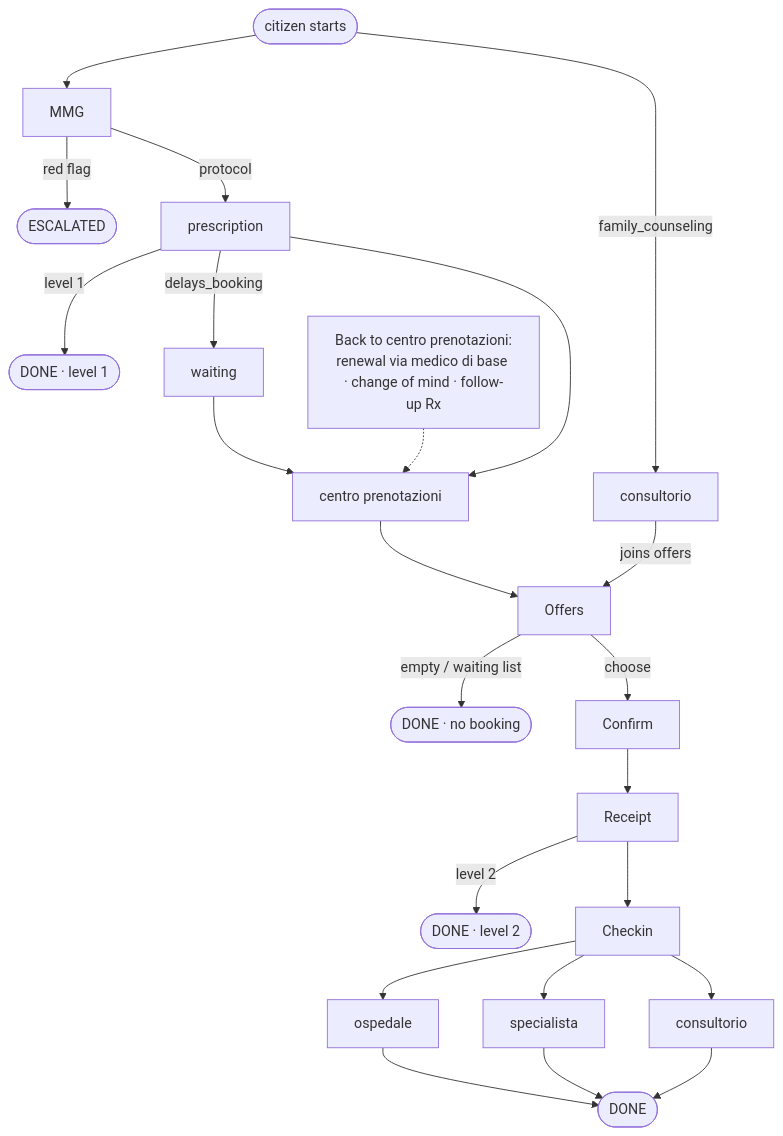
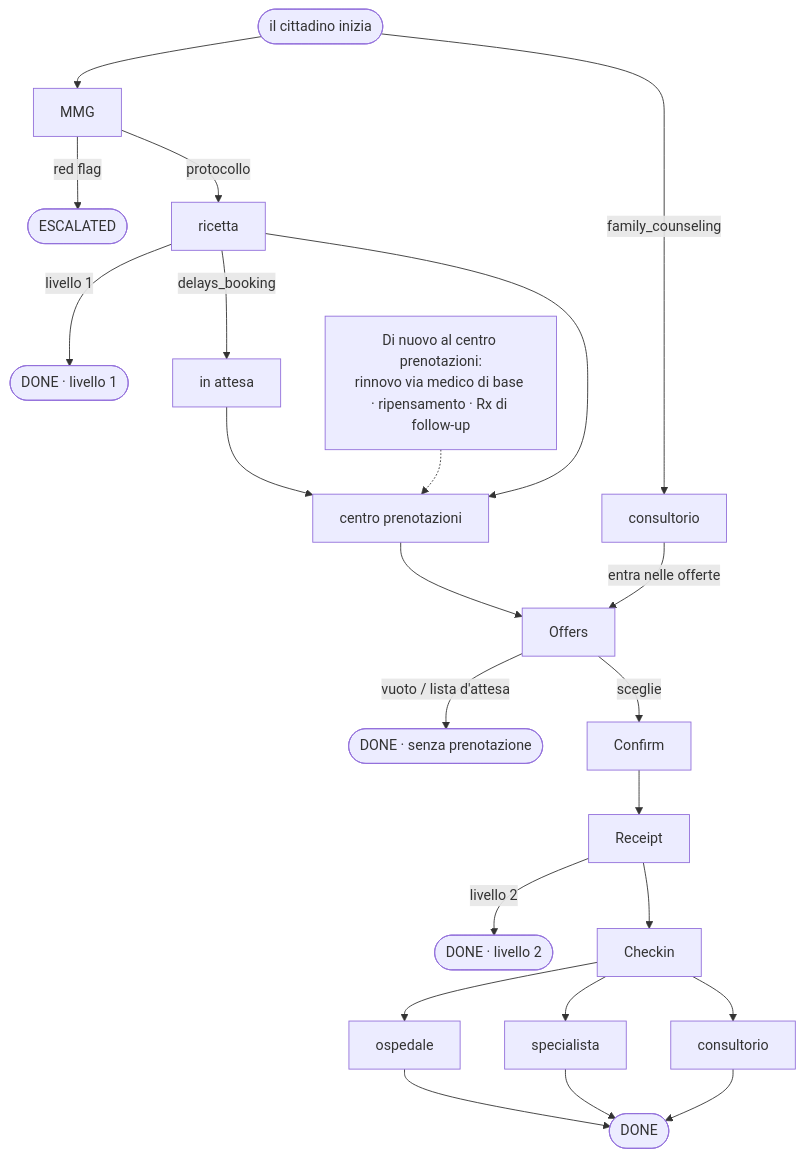
The diagram in docs/kit/e19-rules.md (projectnandaitaly/mach-hackathon-kit), drawn with Mermaid before and after one commit. The commit also changed other lines of this file and 15 other files, not shown here.

````diff
--- a/docs/kit/e19-rules.md
+++ b/docs/kit/e19-rules.md
@@ -47,26 +52,26 @@
 ```mermaid
 flowchart TD
-  start([citizen starts]) --> MMG
+  start([il cittadino inizia]) --> MMG
   start -->|family_counseling| FC[consultorio]
   MMG -->|red flag| Esc([ESCALATED])
-  MMG -->|protocol| Rx[prescription]
-  Rx -->|level 1| Done1([DONE · level 1])
-  Rx -->|delays_booking| Wait[waiting]
+  MMG -->|protocollo| Rx[ricetta]
+  Rx -->|livello 1| Done1([DONE · livello 1])
+  Rx -->|delays_booking| Wait[in attesa]
   Wait --> BC
   Rx --> BC[centro prenotazioni]
-  FC -->|joins offers| Offers
+  FC -->|entra nelle offerte| Offers
   BC --> Offers
-  Offers -->|empty / waiting list| NoBook([DONE · no booking])
-  Offers -->|choose| Confirm
+  Offers -->|vuoto / lista d'attesa| NoBook([DONE · senza prenotazione])
+  Offers -->|sceglie| Confirm
   Confirm --> Receipt
-  Receipt -->|level 2| Done2([DONE · level 2])
+  Receipt -->|livello 2| Done2([DONE · livello 2])
   Receipt --> Checkin
   Checkin --> Hosp[ospedale]
   Checkin --> Spec[specialista]
   Checkin --> FC2[consultorio]
   Hosp --> Done3([DONE])
   Spec --> Done3
   FC2 --> Done3
-  note[Back to centro prenotazioni:<br/>renewal via medico di base · change of mind · follow-up Rx]
+  note[Di nuovo al centro prenotazioni:<br/>rinnovo via medico di base · ripensamento · Rx di follow-up]
   note -.-> BC
 ```
````
